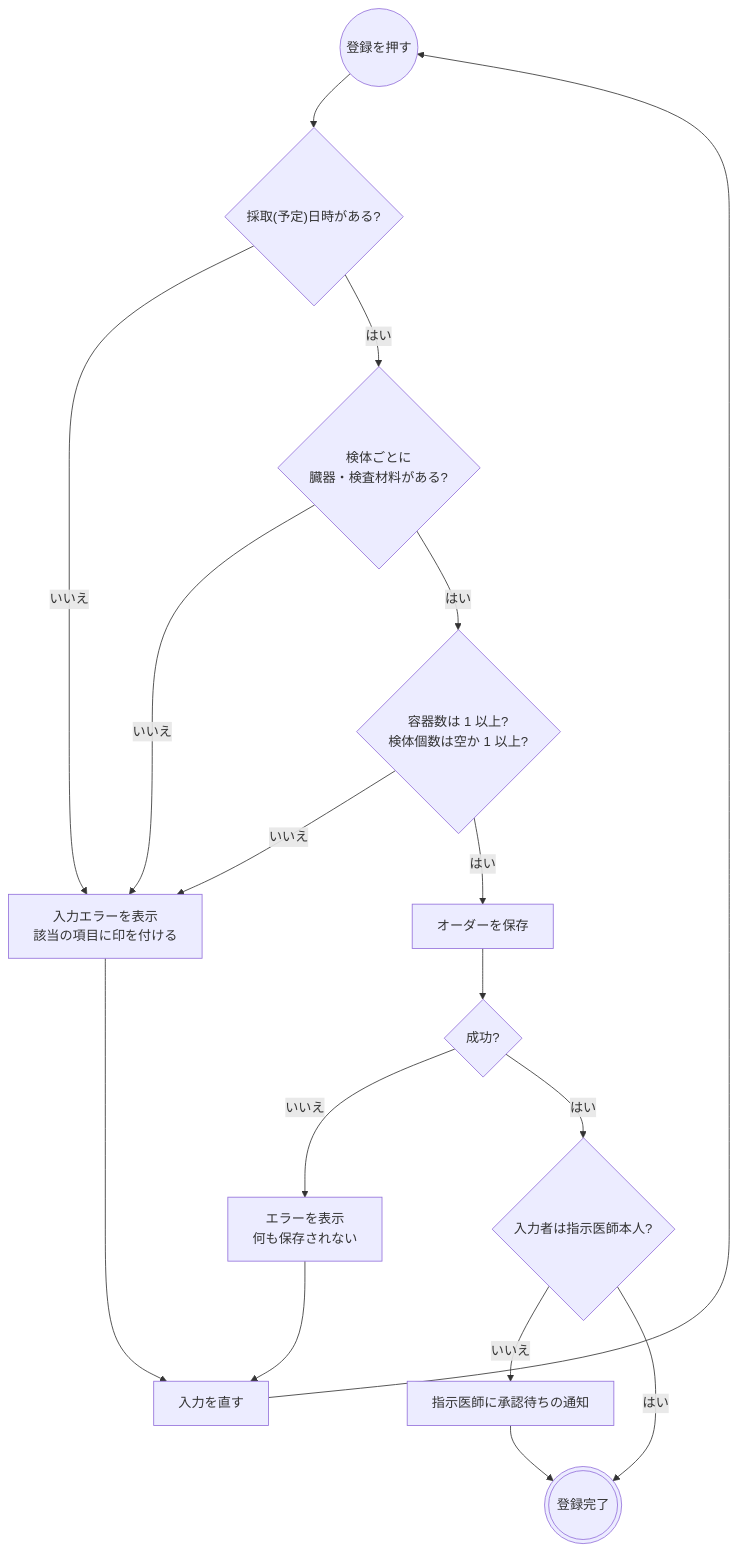
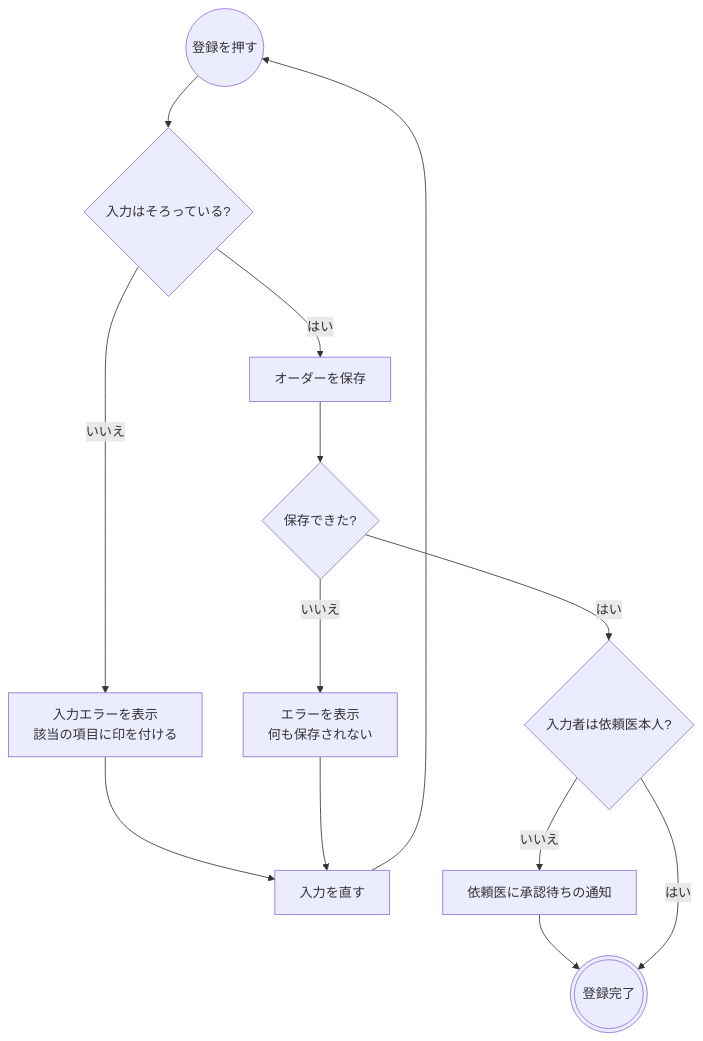
The second of 20 diagrams in docs/order-flows/patho.md (ysnr-dev/fhir-client), drawn with Mermaid before and after one commit. The commit also changed other lines of this file and 7 other files, not shown here.

````diff
--- a/docs/order-flows/patho.md
+++ b/docs/order-flows/patho.md
@@ -99,28 +109,21 @@
 ```mermaid
 flowchart TD
   submit(("登録を押す"))
-  date{"採取(予定)日時がある?"}
-  organ{"検体ごとに<br/>臓器・検査材料がある?"}
-  count{"容器数は 1 以上?<br/>検体個数は空か 1 以上?"}
+  check{"入力はそろっている?"}
   error["入力エラーを表示<br/>該当の項目に印を付ける"]
+  fix["入力を直す"]
   send["オーダーを保存"]
-  result{"成功?"}
+  result{"保存できた?"}
   failed["エラーを表示<br/>何も保存されない"]
-  proxy{"入力者は指示医師本人?"}
-  approval["指示医師に承認待ちの通知"]
+  proxy{"入力者は依頼医本人?"}
+  approval["依頼医に承認待ちの通知"]
   done((("登録完了")))
-  fix["入力を直す"]
 
-  submit --> date
-  date -- "いいえ" --> error
-  date -- "はい" --> organ
-  organ -- "いいえ" --> error
-  organ -- "はい" --> count
-  count -- "いいえ" --> error
-  count -- "はい" --> send --> result
+  submit --> check
+  check -- "いいえ" --> error --> fix --> submit
+  check -- "はい" --> send --> result
   result -- "いいえ" --> failed --> fix
   result -- "はい" --> proxy
   proxy -- "いいえ" --> approval --> done
   proxy -- "はい" --> done
-  error --> fix --> submit
 ```
````
